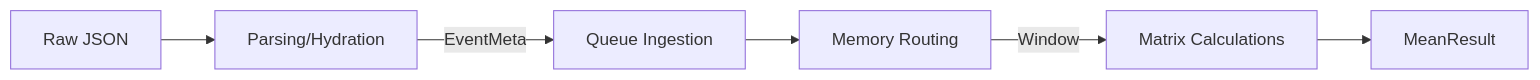
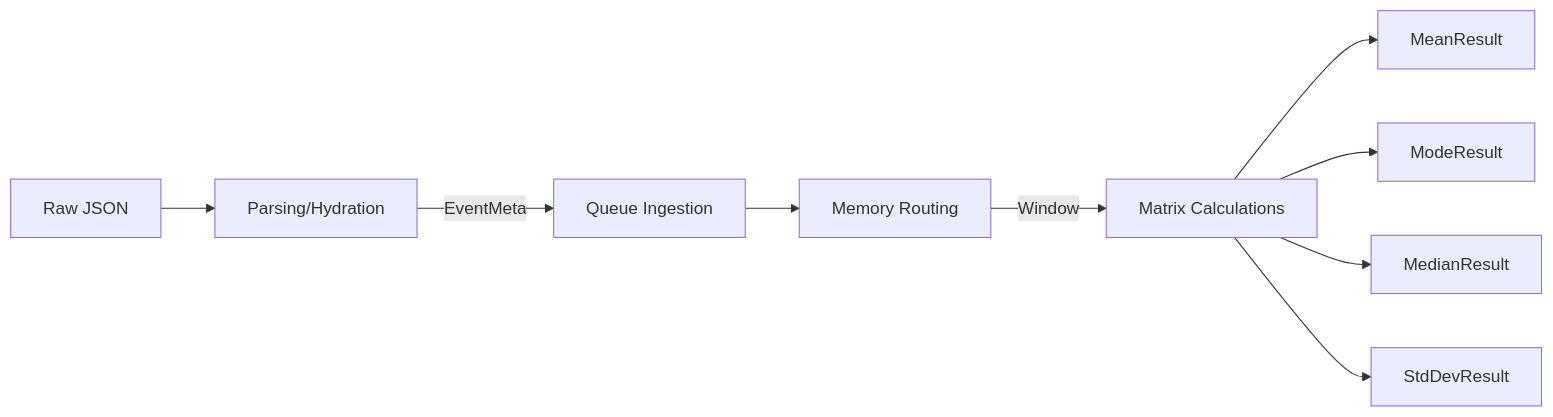
The sixth of 8 diagrams in docs/architecture_diagrams.md (salmanamir95/rt-da-btc), drawn with Mermaid before and after one commit. The commit also changed other lines of this file and 1 other file, not shown here.

````diff
--- a/docs/architecture_diagrams.md
+++ b/docs/architecture_diagrams.md
@@ -217,8 +257,11 @@
 ```mermaid
 flowchart LR
     Raw[Raw JSON] --> Hydrate[Parsing/Hydration]
     Hydrate -->|EventMeta| Q[Queue Ingestion]
     Q --> Route[Memory Routing]
     Route -->|Window<Kline>| Calc[Matrix Calculations]
     Calc --> MeanResult
+    Calc --> ModeResult
+    Calc --> MedianResult
+    Calc --> StdDevResult
 ```
````
